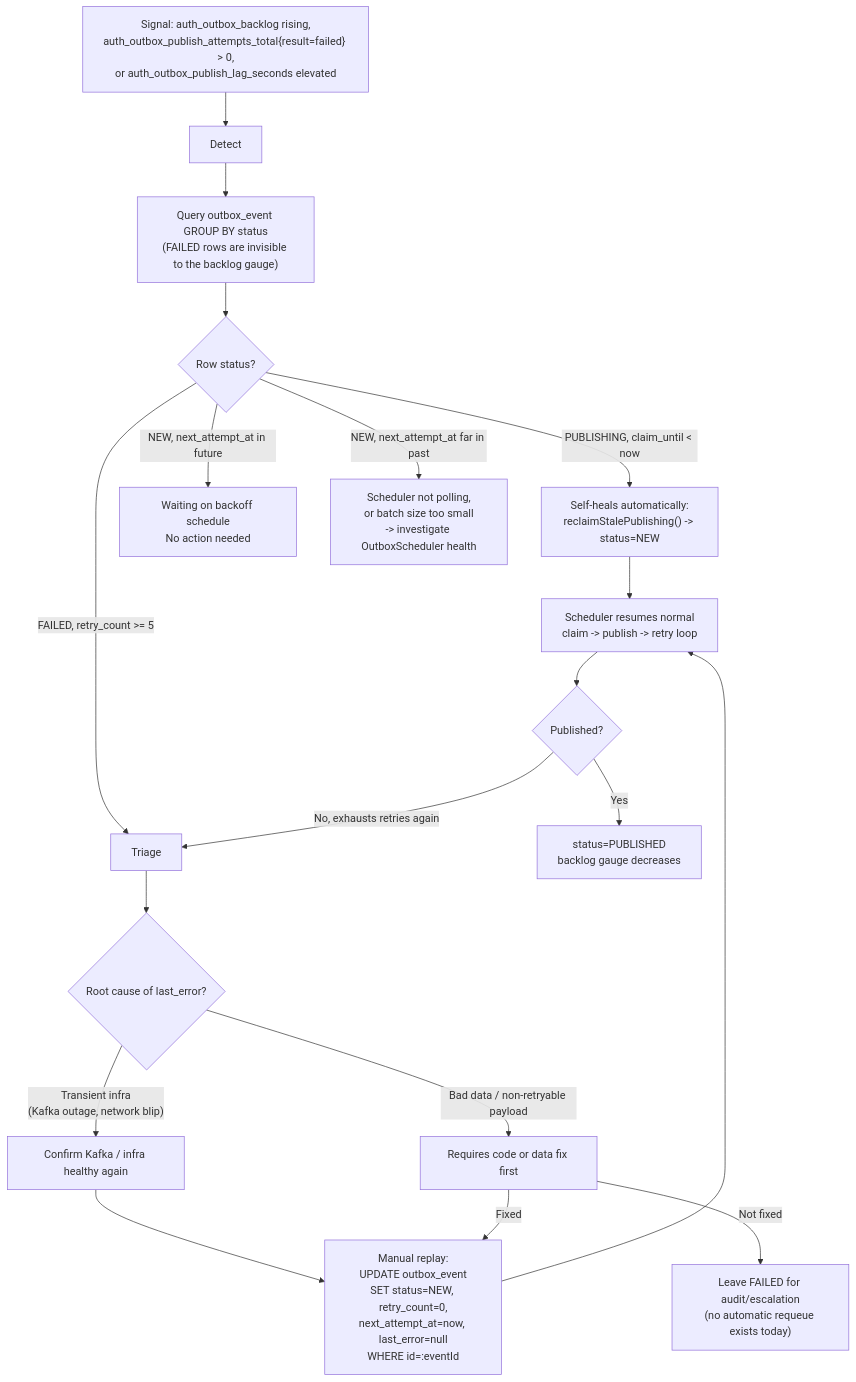
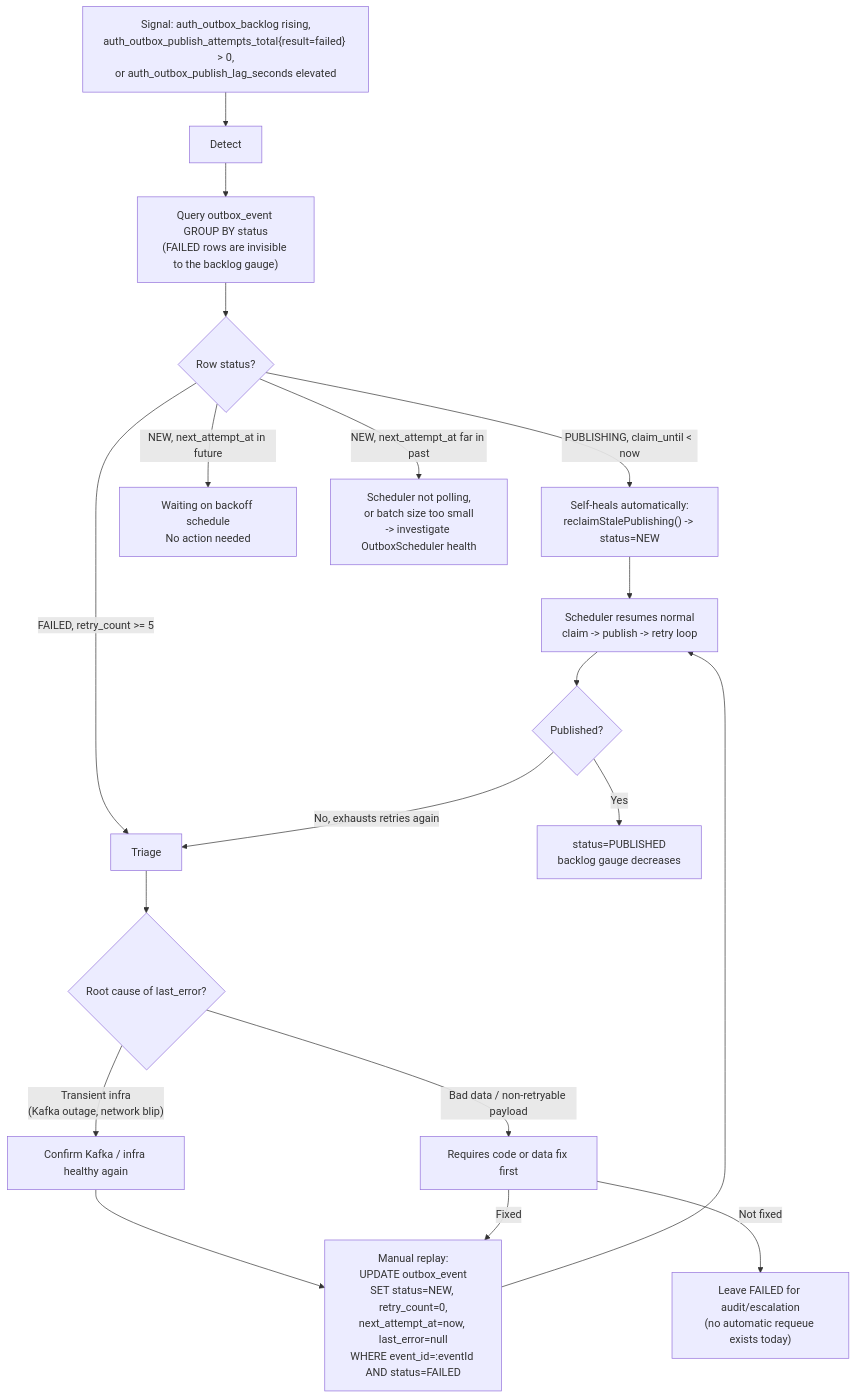
One commit to ShirongQuan/payment-platform changed the diagram in docs/flows/diagrams/outbox-backlog-recovery-flow.mmd. Above: the diagram before and after it, drawn with Mermaid. The commit also changed 51 other files, not shown here.

Commit message:
Update documentation, diagrams, etc.

```diff
--- a/docs/flows/diagrams/outbox-backlog-recovery-flow.mmd
+++ b/docs/flows/diagrams/outbox-backlog-recovery-flow.mmd
@@ -1,28 +1,28 @@
 %% Outbox backlog recovery: detect -> triage -> retry -> DLQ/manual replay
 %% See docs/flows/outbox-backlog-recovery.md for the full explanation.
 flowchart TD
 	A["Signal: auth_outbox_backlog rising,\nauth_outbox_publish_attempts_total{result=failed} > 0,\nor auth_outbox_publish_lag_seconds elevated"] --> B[Detect]
 	B --> C["Query outbox_event GROUP BY status\n(FAILED rows are invisible to the backlog gauge)"]
 	C --> D{Row status?}
 
 	D -->|"PUBLISHING, claim_until < now"| E["Self-heals automatically:\nreclaimStalePublishing() -> status=NEW"]
 	E --> R
 
 	D -->|"NEW, next_attempt_at in future"| F["Waiting on backoff schedule\nNo action needed"]
 
 	D -->|"NEW, next_attempt_at far in past"| G["Scheduler not polling,\nor batch size too small\n-> investigate OutboxScheduler health"]
 
 	D -->|"FAILED, retry_count >= 5"| T[Triage]
 
 	T --> H{"Root cause of last_error?"}
 	H -->|"Transient infra\n(Kafka outage, network blip)"| I["Confirm Kafka / infra healthy again"]
 	H -->|"Bad data / non-retryable payload"| J["Requires code or data fix first"]
 
-	I --> K["Manual replay:\nUPDATE outbox_event\nSET status=NEW, retry_count=0,\nnext_attempt_at=now, last_error=null\nWHERE id=:eventId"]
+	I --> K["Manual replay:\nUPDATE outbox_event\nSET status=NEW, retry_count=0,\nnext_attempt_at=now, last_error=null\nWHERE event_id=:eventId AND status=FAILED"]
 	J -->|"Fixed"| K
 	J -->|"Not fixed"| L["Leave FAILED for audit/escalation\n(no automatic requeue exists today)"]
 
 	K --> R["Scheduler resumes normal\nclaim -> publish -> retry loop"]
 	R --> M{Published?}
 	M -->|Yes| N["status=PUBLISHED\nbacklog gauge decreases"]
 	M -->|"No, exhausts retries again"| T
```
